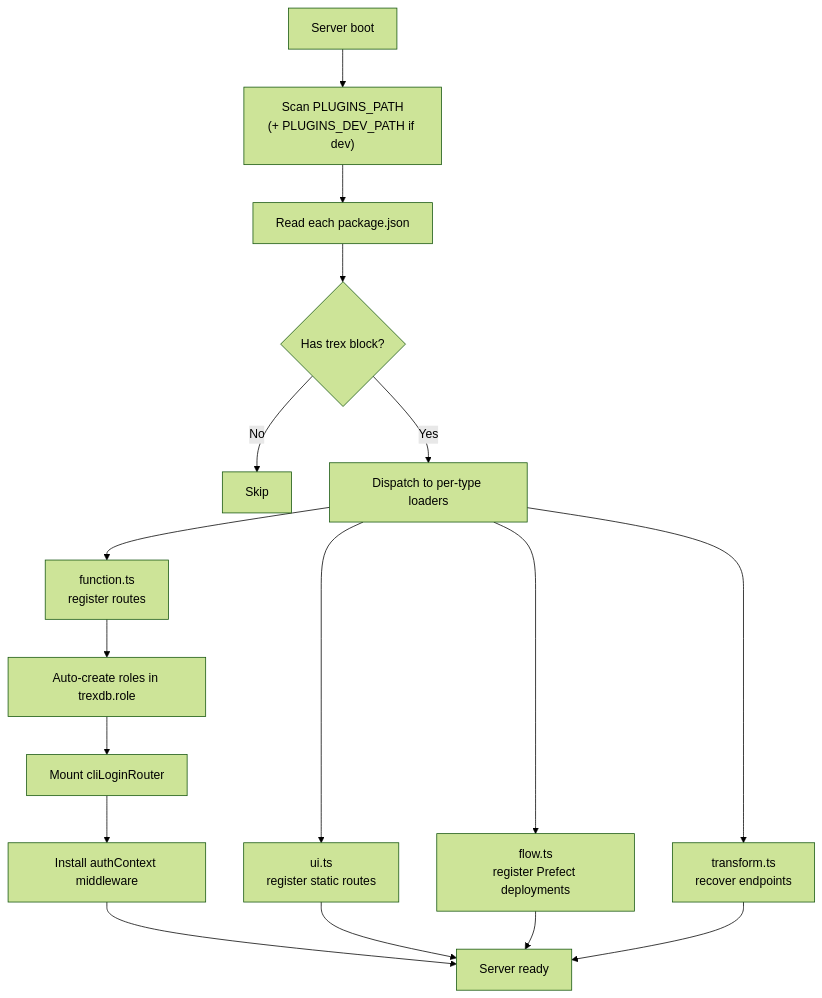
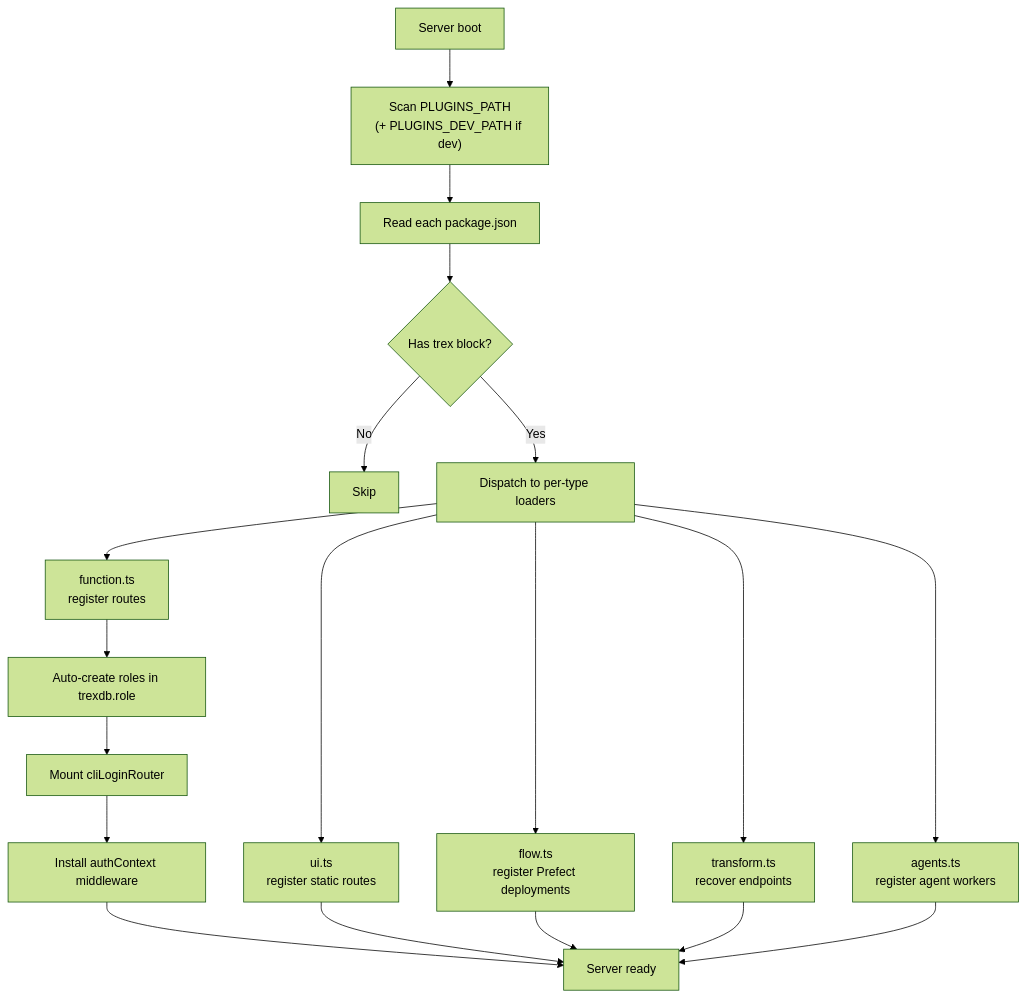
Before and after one commit to OHDSI/trex: the first of 2 diagrams in plugins/docs/docs/concepts/plugin-system.md, drawn with Mermaid (forest theme). The commit also changed other lines of this file and 4 other files, not shown here.

First line of the commit message:
docs: add agent plugin type reference and update plugin-type diagrams

````diff
--- a/plugins/docs/docs/concepts/plugin-system.md
+++ b/plugins/docs/docs/concepts/plugin-system.md
@@ -47,19 +47,21 @@
 ```mermaid
 flowchart TD
     Boot["Server boot"] --> Scan["Scan PLUGINS_PATH<br/>(+ PLUGINS_DEV_PATH if dev)"]
     Scan --> ReadPkg["Read each package.json"]
     ReadPkg --> Decide{Has trex block?}
     Decide -->|No| Ignore[Skip]
     Decide -->|Yes| Loaders["Dispatch to per-type loaders"]
     Loaders --> Fns["function.ts<br/>register routes"]
     Loaders --> UI["ui.ts<br/>register static routes"]
     Loaders --> Flow["flow.ts<br/>register Prefect deployments"]
     Loaders --> Tx["transform.ts<br/>recover endpoints"]
+    Loaders --> Agent["agents.ts<br/>register agent workers"]
     Fns --> EnsureRoles["Auto-create roles in trexdb.role"]
     EnsureRoles --> CliLogin["Mount cliLoginRouter"]
     CliLogin --> AuthCtx["Install authContext middleware"]
     AuthCtx --> Ready["Server ready"]
     UI --> Ready
     Flow --> Ready
     Tx --> Ready
+    Agent --> Ready
 ```
````
